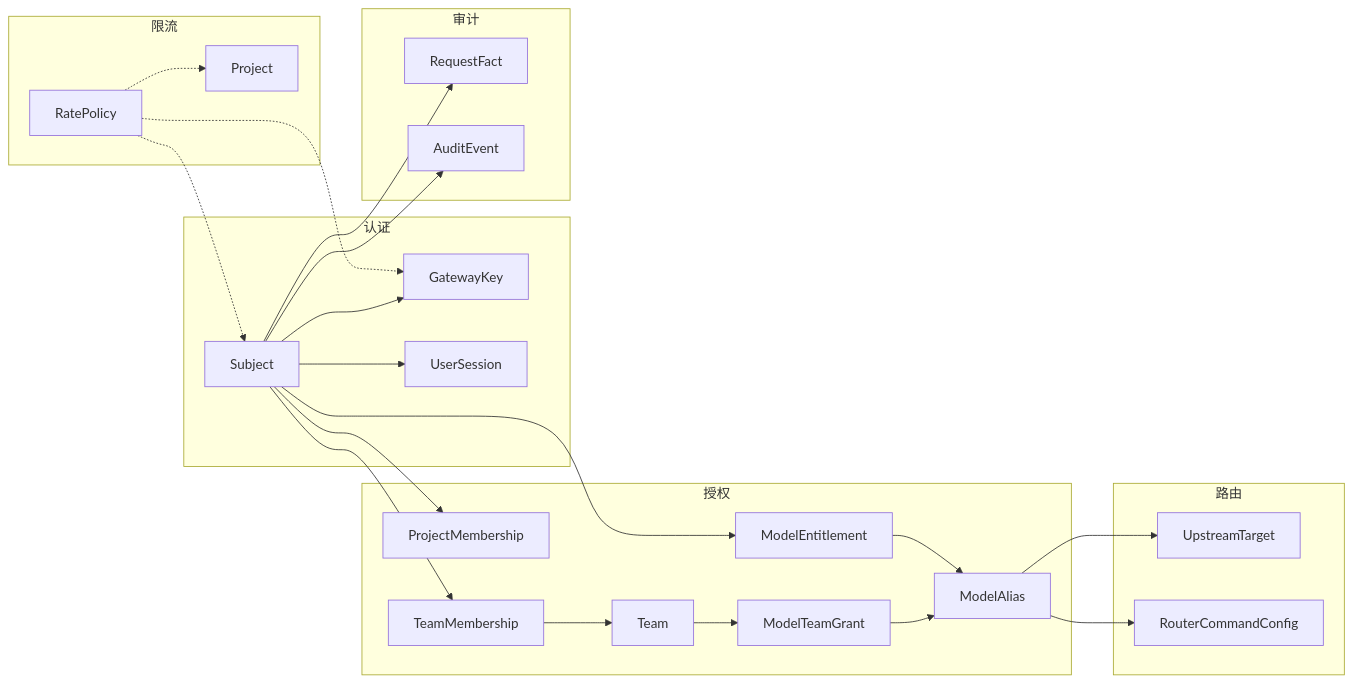
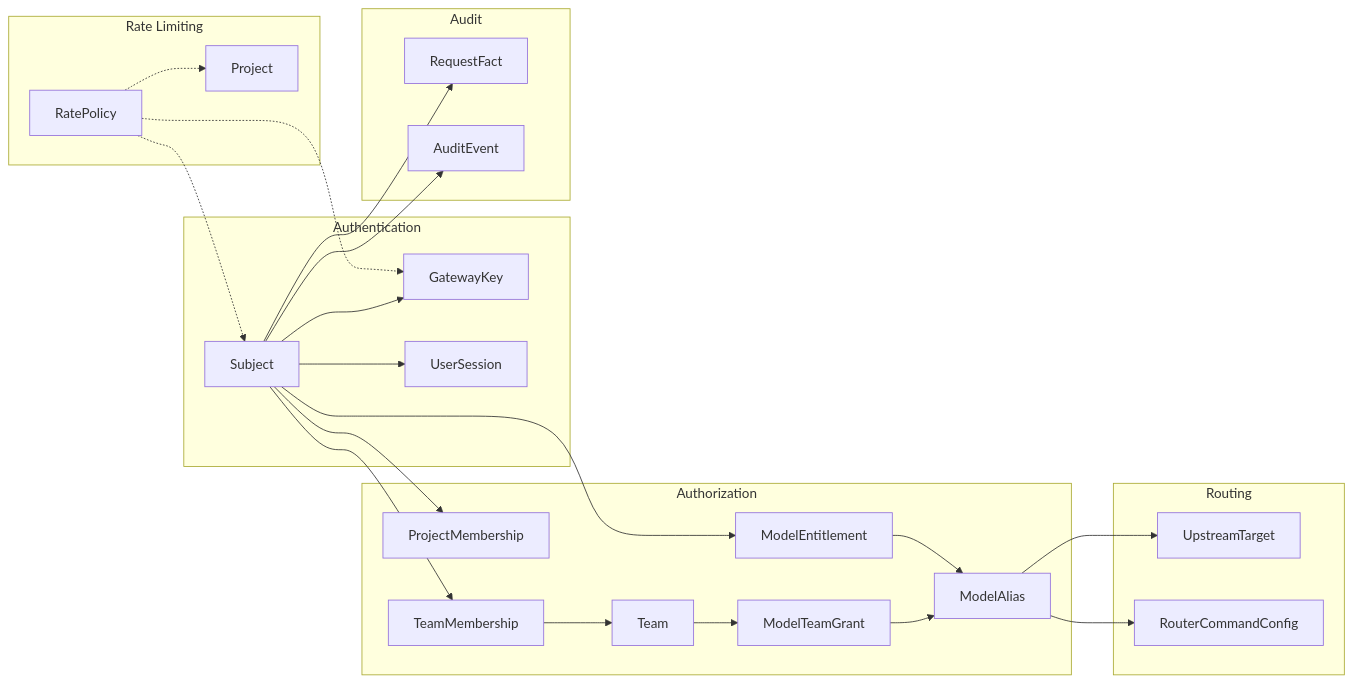
One commit to pty819/llm-gateway-docs changed the diagram in docs/source/modules/models.md. Above: the diagram before and after it, drawn with Mermaid. The commit also changed other lines of this file and 18 other files, not shown here.

First line of the commit message:
Fix RST directives and mermaid syntax in MD files

````diff
--- a/docs/source/modules/models.md
+++ b/docs/source/modules/models.md
@@ -37,33 +26,33 @@
 ```{mermaid}
 graph LR
-    subgraph 认证
+    subgraph Auth[Authentication]
         S[Subject] --> GK[GatewayKey]
         S --> US[UserSession]
     end
 
-    subgraph 授权
+    subgraph Authz[Authorization]
         S --> PM[ProjectMembership]
         S --> TM[TeamMembership]
         TM --> T[Team]
         T --> MTG[ModelTeamGrant]
         MTG --> MA[ModelAlias]
         S --> ME[ModelEntitlement]
         ME --> MA
     end
 
-    subgraph 路由
+    subgraph Routing[Routing]
         MA --> UT[UpstreamTarget]
         MA --> RCC[RouterCommandConfig]
     end
 
-    subgraph 限流
+    subgraph RateLimit[Rate Limiting]
         RP[RatePolicy] -.-> GK
         RP -.-> S
         RP -.-> P[Project]
     end
 
-    subgraph 审计
+    subgraph Audit[Audit]
         S --> RF[RequestFact]
         S --> AE[AuditEvent]
     end
 ```
````
